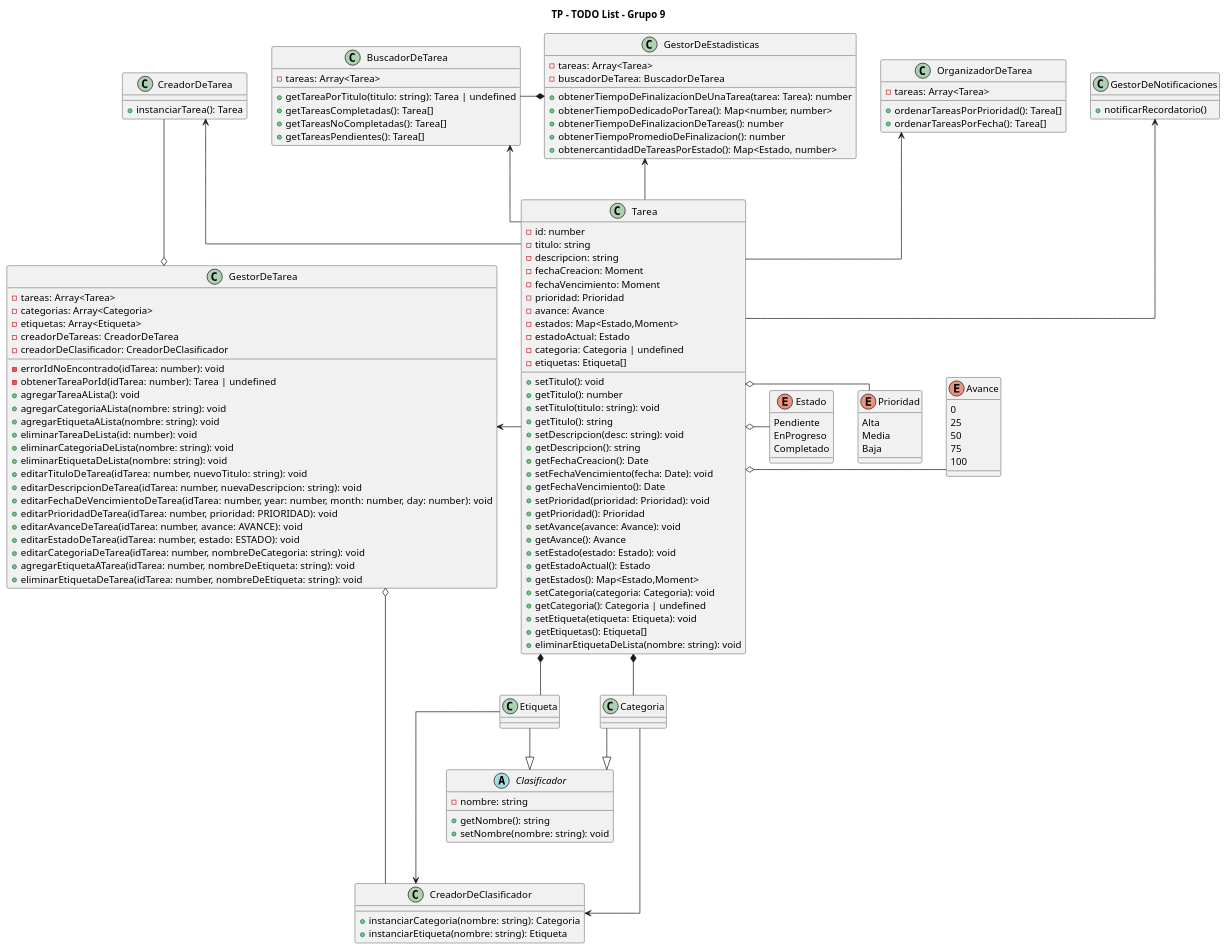
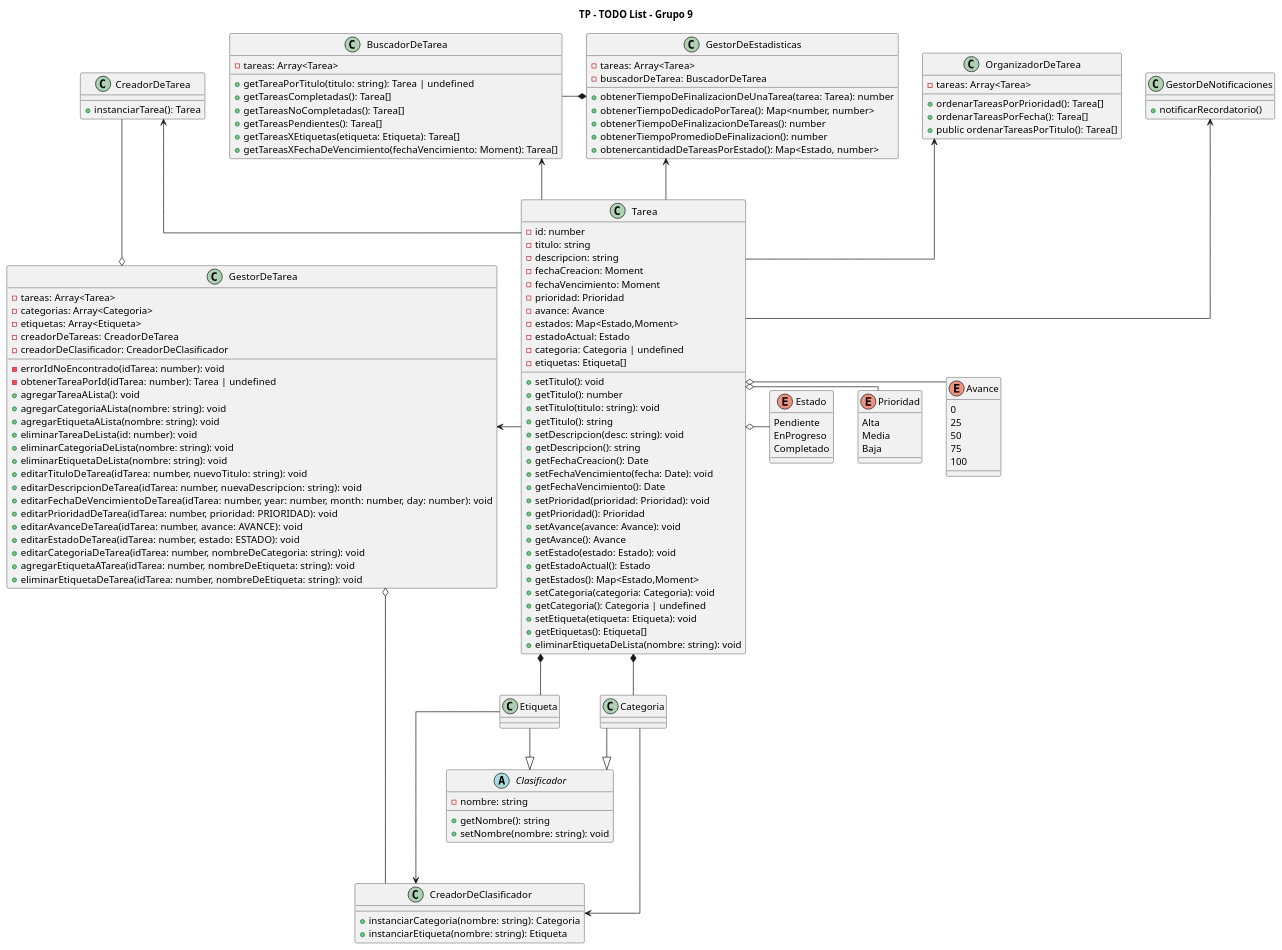
One commit to FrancisLuna/ToDo-POO-Grupo-9 changed the diagram in Diagrama/diagrama.puml. Above: the diagram before and after it, drawn with PlantUML. The commit also changed 3 other files, not shown here.

Commit message:
feat(diagrama, buscadorDeTarea, organizadorDeTarea), agrego nuevos metodos y de paso actualizo el Diagrama

```diff
--- a/Diagrama/diagrama.puml
+++ b/Diagrama/diagrama.puml
@@ -1,157 +1,160 @@
 @startuml ToDoList
 
 title TP - TODO List - Grupo 9
 skinparam lineType ortho
 
 class Tarea{
    - id: number
    - titulo: string
    - descripcion: string
    - fechaCreacion: Moment
    - fechaVencimiento: Moment
    - prioridad: Prioridad
    - avance: Avance
    - estados: Map<Estado,Moment>
    - estadoActual: Estado
    - categoria: Categoria | undefined
    - etiquetas: Etiqueta[]
     
     + setTitulo(): void
     + getTitulo(): number
     + setTitulo(titulo: string): void
     + getTitulo(): string
     + setDescripcion(desc: string): void
     + getDescripcion(): string
     + getFechaCreacion(): Date
     + setFechaVencimiento(fecha: Date): void
     + getFechaVencimiento(): Date
     + setPrioridad(prioridad: Prioridad): void
     + getPrioridad(): Prioridad
     + setAvance(avance: Avance): void
     + getAvance(): Avance
     + setEstado(estado: Estado): void
     + getEstadoActual(): Estado
     + getEstados(): Map<Estado,Moment>
     + setCategoria(categoria: Categoria): void
     + getCategoria(): Categoria | undefined
     + setEtiqueta(etiqueta: Etiqueta): void
     + getEtiquetas(): Etiqueta[]
     + eliminarEtiquetaDeLista(nombre: string): void
 }
 
 class CreadorDeTarea{
     + instanciarTarea(): Tarea
 }
 
 class GestorDeTarea{
     - tareas: Array<Tarea>
     - categorias: Array<Categoria>
     - etiquetas: Array<Etiqueta>
     - creadorDeTareas: CreadorDeTarea
     - creadorDeClasificador: CreadorDeClasificador
 
     - errorIdNoEncontrado(idTarea: number): void
     - obtenerTareaPorId(idTarea: number): Tarea | undefined
     + agregarTareaALista(): void
     + agregarCategoriaALista(nombre: string): void
     + agregarEtiquetaALista(nombre: string): void
     + eliminarTareaDeLista(id: number): void
     + eliminarCategoriaDeLista(nombre: string): void
     + eliminarEtiquetaDeLista(nombre: string): void
     + editarTituloDeTarea(idTarea: number, nuevoTitulo: string): void
     + editarDescripcionDeTarea(idTarea: number, nuevaDescripcion: string): void
     + editarFechaDeVencimientoDeTarea(idTarea: number, year: number, month: number, day: number): void
     + editarPrioridadDeTarea(idTarea: number, prioridad: PRIORIDAD): void
     + editarAvanceDeTarea(idTarea: number, avance: AVANCE): void
     + editarEstadoDeTarea(idTarea: number, estado: ESTADO): void
     + editarCategoriaDeTarea(idTarea: number, nombreDeCategoria: string): void
     + agregarEtiquetaATarea(idTarea: number, nombreDeEtiqueta: string): void
     + eliminarEtiquetaDeTarea(idTarea: number, nombreDeEtiqueta: string): void
 }
 
 class BuscadorDeTarea{
     - tareas: Array<Tarea>
 
     + getTareaPorTitulo(titulo: string): Tarea | undefined
     + getTareasCompletadas(): Tarea[]
     + getTareasNoCompletadas(): Tarea[]
     + getTareasPendientes(): Tarea[]
+    + getTareasXEtiquetas(etiqueta: Etiqueta): Tarea[]
+    + getTareasXFechaDeVencimiento(fechaVencimiento: Moment): Tarea[]
 }
 
 class OrganizadorDeTarea{
     - tareas: Array<Tarea>
 
     + ordenarTareasPorPrioridad(): Tarea[]
     + ordenarTareasPorFecha(): Tarea[]
+    + public ordenarTareasPorTitulo(): Tarea[]
 }
 
 class GestorDeEstadisticas{
     - tareas: Array<Tarea>
     - buscadorDeTarea: BuscadorDeTarea
 
     + obtenerTiempoDeFinalizacionDeUnaTarea(tarea: Tarea): number
     + obtenerTiempoDedicadoPorTarea(): Map<number, number>
     + obtenerTiempoDeFinalizacionDeTareas(): number
     + obtenerTiempoPromedioDeFinalizacion(): number
     + obtenercantidadDeTareasPorEstado(): Map<Estado, number>
 }
 
 class GestorDeNotificaciones{
     + notificarRecordatorio()
 }
 
 abstract class Clasificador{
     - nombre: string
 
     + getNombre(): string
     + setNombre(nombre: string): void
 }
 
 class Categoria {}
 class Etiqueta {}
 
 class CreadorDeClasificador{
     + instanciarCategoria(nombre: string): Categoria
     + instanciarEtiqueta(nombre: string): Etiqueta
 }
 
 ENUM Estado{
     Pendiente
     EnProgreso
     Completado
 }
 
 ENUM Avance{
     0
     25
     50
     75
     100
 }
 
 ENUM Prioridad{
     Alta
     Media
     Baja
 }
 
 GestorDeEstadisticas <-- Tarea
 GestorDeNotificaciones <-- Tarea
 OrganizadorDeTarea <-- Tarea
 BuscadorDeTarea <-- Tarea
 CreadorDeTarea <-- Tarea
 GestorDeTarea <-right- Tarea
 GestorDeTarea o-up-CreadorDeTarea
 GestorDeTarea o-- CreadorDeClasificador
 Tarea *-- Categoria
 Tarea *-- Etiqueta
 Categoria --|> Clasificador
 Etiqueta --|> Clasificador
 Categoria --> CreadorDeClasificador
 Etiqueta --> CreadorDeClasificador
 Clasificador -[hidden]- CreadorDeClasificador
 Tarea o-right- Estado
 Tarea o-right- Avance
 Tarea o-right- Prioridad
 GestorDeEstadisticas *-left- BuscadorDeTarea
 @enduml
```
